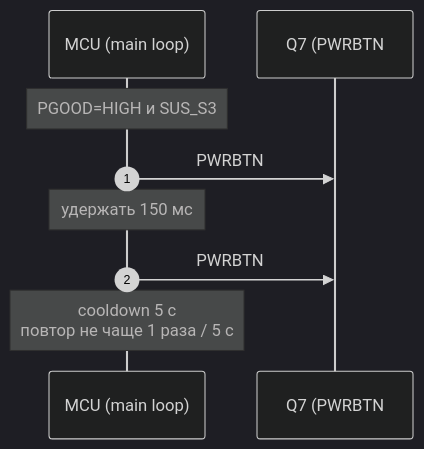
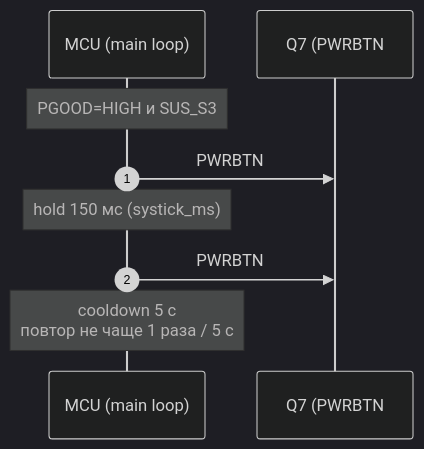
Before and after one commit to n-korel/power_controller: the sixth of 6 diagrams in README.md, drawn with Mermaid (dark theme). The commit also changed other lines of this file and 1 other file, not shown here.

````diff
--- a/README.md
+++ b/README.md
@@ -1698,12 +1711,12 @@
 ```mermaid
 sequenceDiagram
     autonumber
     participant MCU as MCU (main loop)
     participant Q7 as Q7 (PWRBTN# / SUS_S3#)
 
     Note over MCU: PGOOD=HIGH и SUS_S3#=LOW удерживается > 500 мс
-    MCU->>Q7: PWRBTN# = LOW (assert)
-    Note over MCU: удержать 150 мс
+    MCU->>Q7: PWRBTN# assert (LOW)
+    Note over MCU: hold 150 мс (systick_ms)
     MCU->>Q7: PWRBTN# release (Hi-Z)
     Note over MCU: cooldown 5 с<br/>повтор не чаще 1 раза / 5 с
 ```
````
